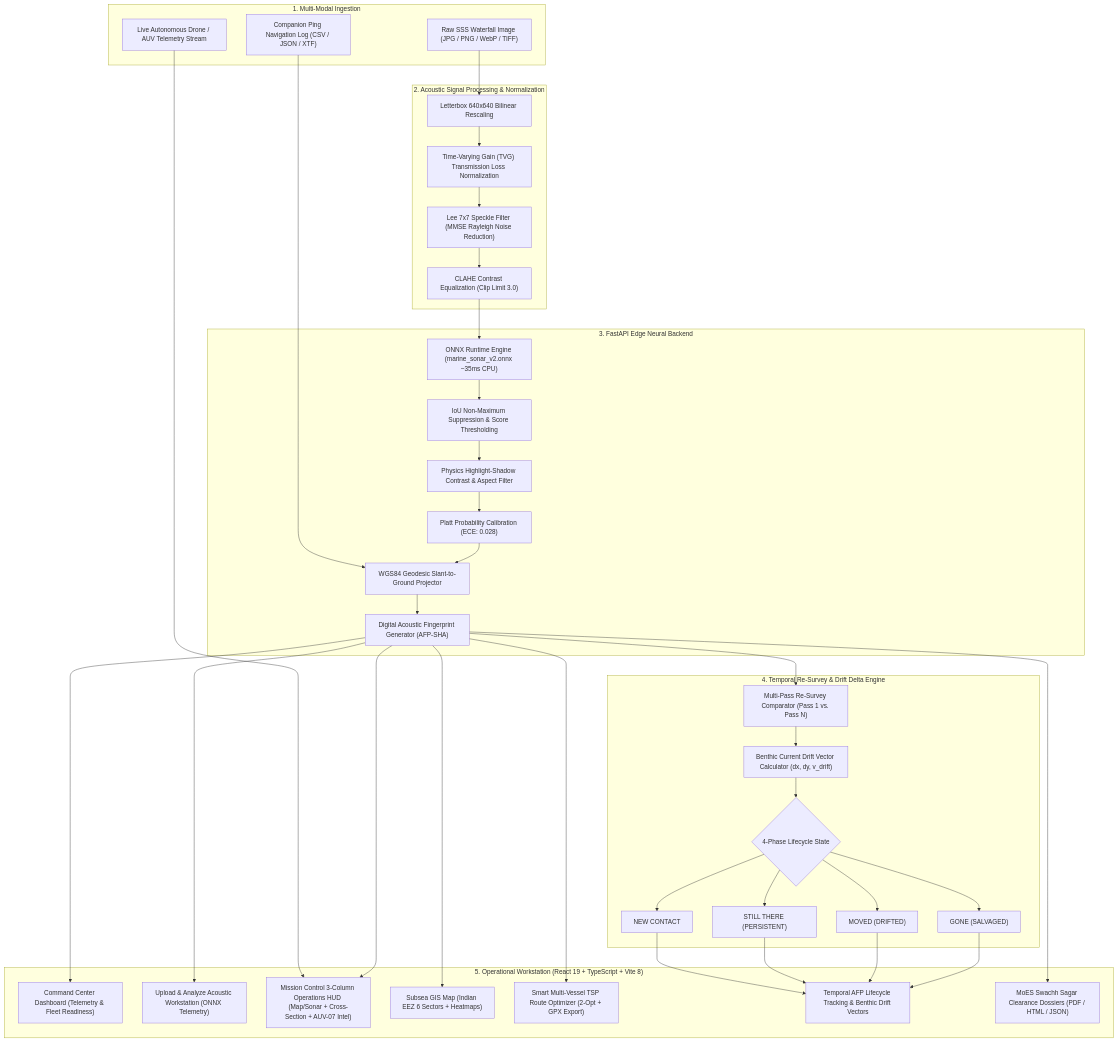
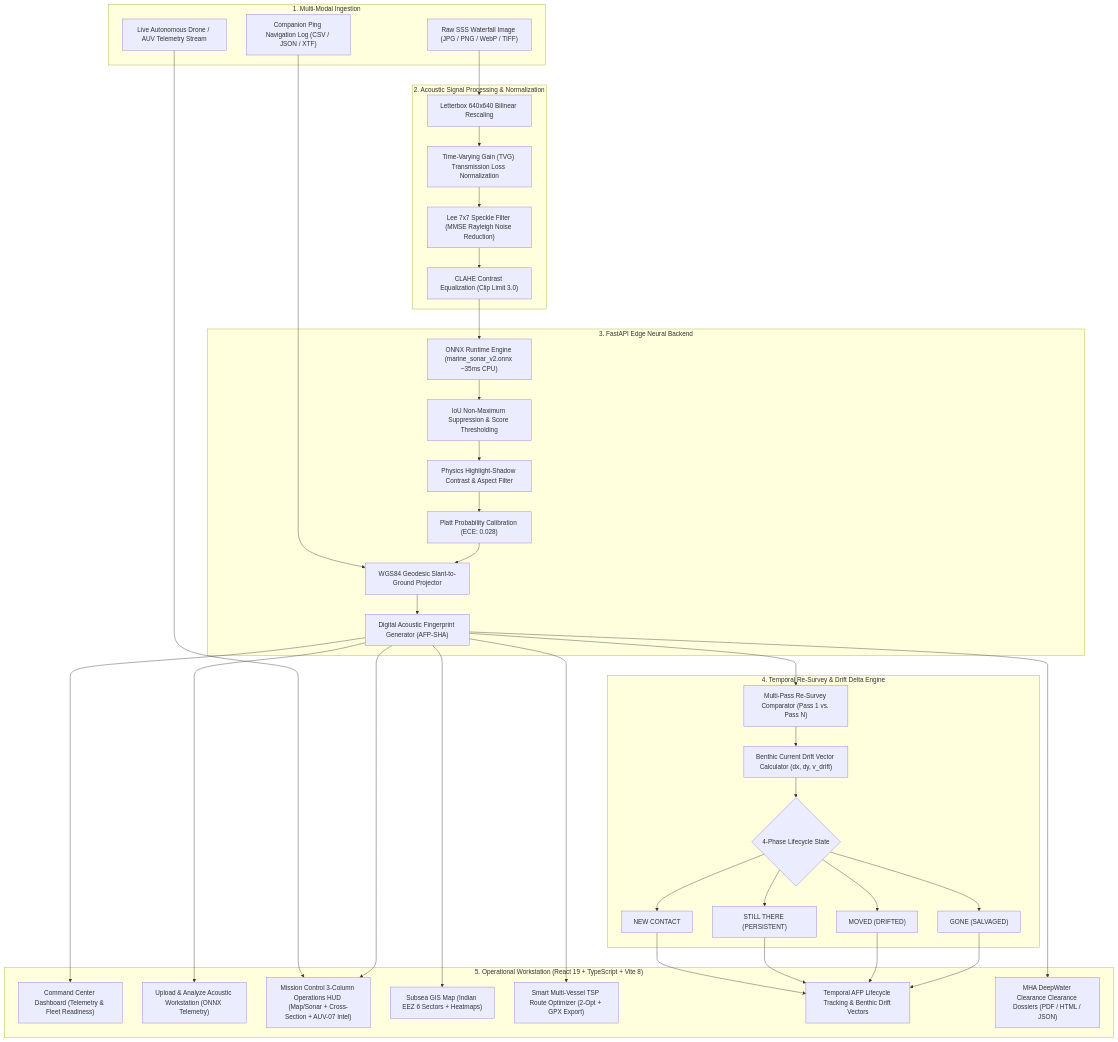
One commit to jayraj175coder/side_sonar_detection_ml changed the diagram in README.md. Above: the diagram before and after it, drawn with Mermaid. The commit also changed other lines of this file and 71 other files, not shown here.

````diff
--- a/README.md
+++ b/README.md
@@ -67,53 +67,53 @@
 ```mermaid
 flowchart TD
     subgraph Ingestion ["1. Multi-Modal Ingestion"]
         Image["Raw SSS Waterfall Image (JPG / PNG / WebP / TIFF)"]
         Log["Companion Ping Navigation Log (CSV / JSON / XTF)"]
         AUV["Live Autonomous Drone / AUV Telemetry Stream"]
     end
 
     subgraph Preprocessing ["2. Acoustic Signal Processing & Normalization"]
         Letterbox["Letterbox 640x640 Bilinear Rescaling"]
         TVG["Time-Varying Gain (TVG) Transmission Loss Normalization"]
         Lee["Lee 7x7 Speckle Filter (MMSE Rayleigh Noise Reduction)"]
         CLAHE["CLAHE Contrast Equalization (Clip Limit 3.0)"]
     end
 
     subgraph Backend ["3. FastAPI Edge Neural Backend"]
         ONNX["ONNX Runtime Engine (marine_sonar_v2.onnx ~35ms CPU)"]
         NMS["IoU Non-Maximum Suppression & Score Thresholding"]
         NoiseFilter["Physics Highlight-Shadow Contrast & Aspect Filter"]
         Platt["Platt Probability Calibration (ECE: 0.028)"]
         Geotag["WGS84 Geodesic Slant-to-Ground Projector"]
         Fingerprint["Digital Acoustic Fingerprint Generator (AFP-SHA)"]
     end
 
     subgraph Temporal ["4. Temporal Re-Survey & Drift Delta Engine"]
         MultiPass["Multi-Pass Re-Survey Comparator (Pass 1 vs. Pass N)"]
         Drift["Benthic Current Drift Vector Calculator (dx, dy, v_drift)"]
         Lifecycle{"4-Phase Lifecycle State"}
         StateNew["NEW CONTACT"]
         StateStill["STILL THERE (PERSISTENT)"]
         StateMoved["MOVED (DRIFTED)"]
         StateGone["GONE (SALVAGED)"]
     end
 
     subgraph Client ["5. Operational Workstation (React 19 + TypeScript + Vite 8)"]
         Dashboard["Command Center Dashboard (Telemetry & Fleet Readiness)"]
         ScanWorkstation["Upload & Analyze Acoustic Workstation (ONNX Telemetry)"]
         MissionControl["Mission Control 3-Column Operations HUD (Map/Sonar + Cross-Section + AUV-07 Intel)"]
         GISMap["Subsea GIS Map (Indian EEZ 6 Sectors + Heatmaps)"]
         RouteOptimizer["Smart Multi-Vessel TSP Route Optimizer (2-Opt + GPX Export)"]
         TargetTracking["Temporal AFP Lifecycle Tracking & Benthic Drift Vectors"]
-        Reports["MoES Swachh Sagar Clearance Dossiers (PDF / HTML / JSON)"]
+        Reports["MHA DeepWater Clearance Clearance Dossiers (PDF / HTML / JSON)"]
     end
 
     Image --> Letterbox --> TVG --> Lee --> CLAHE --> ONNX
     Log --> Geotag
     AUV --> MissionControl
     ONNX --> NMS --> NoiseFilter --> Platt --> Geotag --> Fingerprint
     Fingerprint --> MultiPass --> Drift --> Lifecycle
     Lifecycle --> StateNew & StateStill & StateMoved & StateGone
     StateNew & StateStill & StateMoved & StateGone --> TargetTracking
     Fingerprint --> Dashboard & ScanWorkstation & MissionControl & GISMap & RouteOptimizer & Reports
 ```
````
